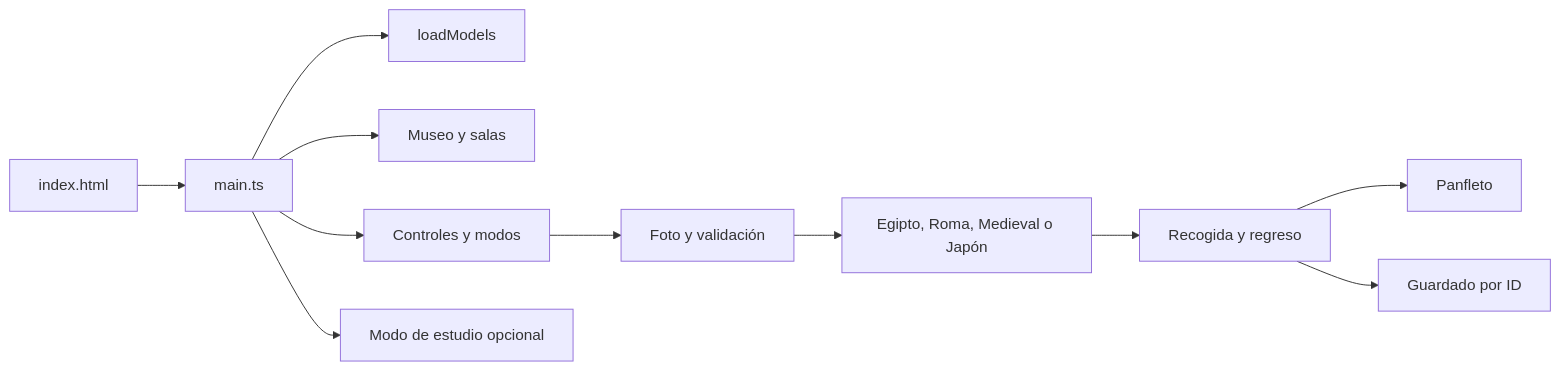
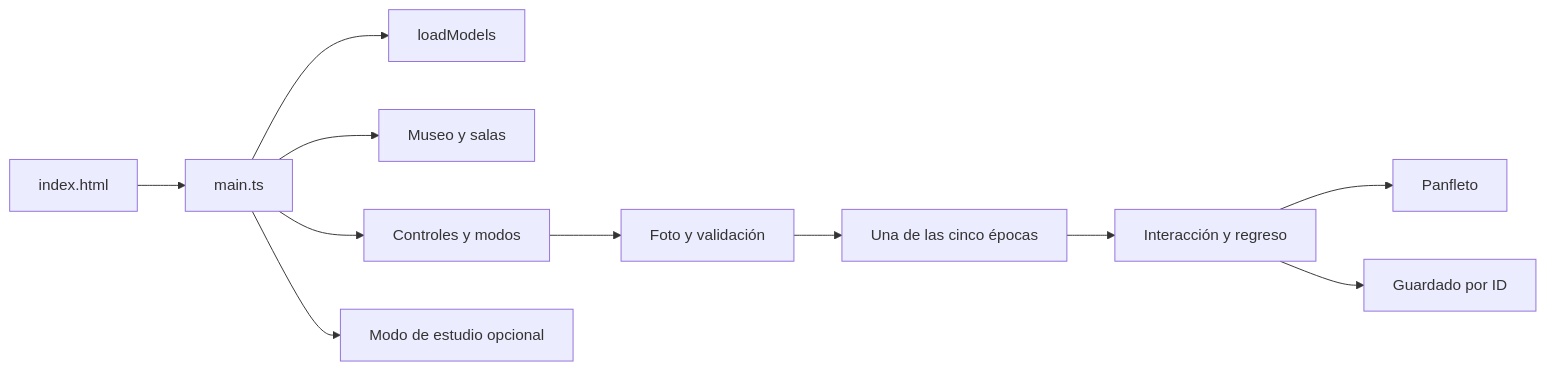
Before and after one commit to MatiArgu/CDEV-TPI-Grupo03: the diagram in docs/CODEMAP.md, drawn with Mermaid. The commit also changed other lines of this file and 31 other files, not shown here.

````diff
--- a/docs/CODEMAP.md
+++ b/docs/CODEMAP.md
@@ -49,13 +50,13 @@
 ```mermaid
 flowchart LR
   HTML[index.html] --> Main[main.ts]
   Main --> Assets[loadModels]
   Main --> Museum[Museo y salas]
   Main --> Player[Controles y modos]
   Player --> Photo[Foto y validación]
-  Photo --> World[Egipto, Roma, Medieval o Japón]
-  World --> Return[Recogida y regreso]
+  Photo --> World[Una de las cinco épocas]
+  World --> Return[Interacción y regreso]
   Return --> Paper[Panfleto]
   Return --> Save[Guardado por ID]
   Main --> Study[Modo de estudio opcional]
 ```
````
